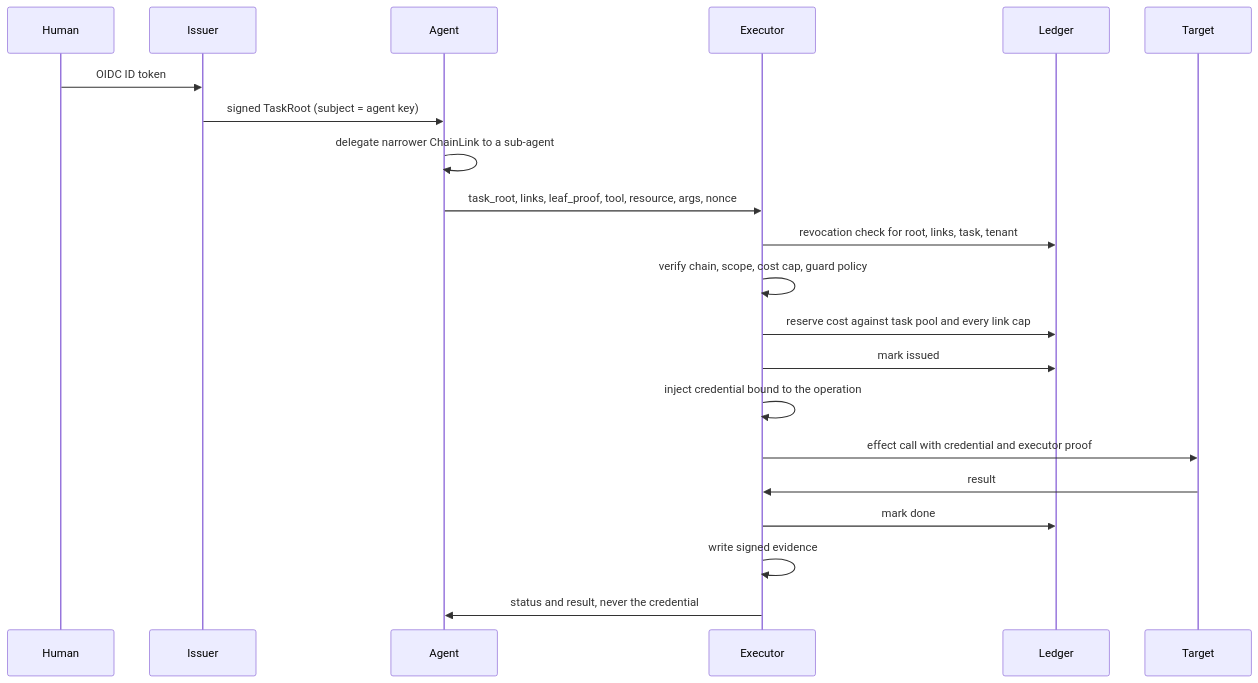
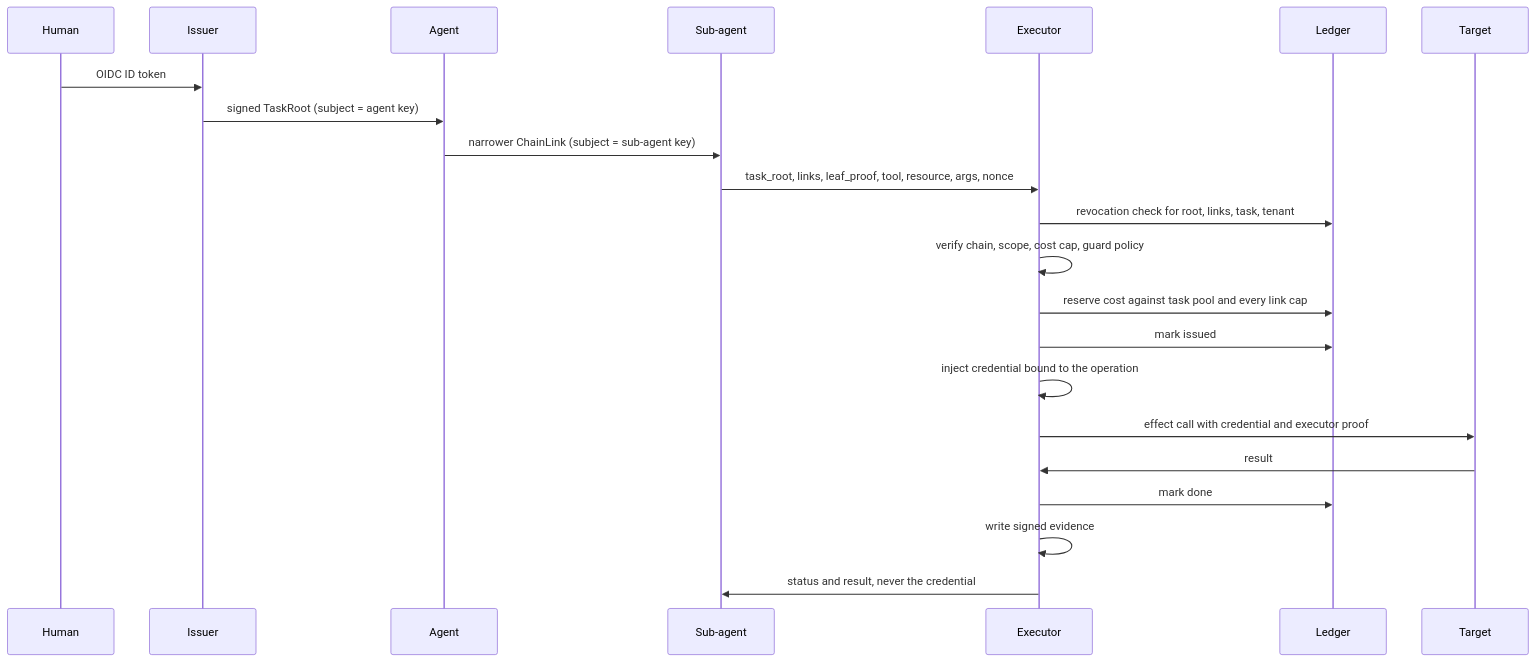
One commit to agent-rails/agentic-security-reference changed the diagram in docs/ARCHITECTURE.md. Above: the diagram before and after it, drawn with Mermaid. The commit also changed other lines of this file and 6 other files, not shown here.

````diff
--- a/docs/ARCHITECTURE.md
+++ b/docs/ARCHITECTURE.md
@@ -15,23 +15,24 @@
 ```mermaid
 sequenceDiagram
     participant H as Human
     participant I as Issuer
     participant A as Agent
+    participant S as Sub-agent
     participant X as Executor
     participant L as Ledger
     participant T as Target
     H->>I: OIDC ID token
     I->>A: signed TaskRoot (subject = agent key)
-    A->>A: delegate narrower ChainLink to a sub-agent
-    A->>X: task_root, links, leaf_proof, tool, resource, args, nonce
+    A->>S: narrower ChainLink (subject = sub-agent key)
+    S->>X: task_root, links, leaf_proof, tool, resource, args, nonce
     X->>L: revocation check for root, links, task, tenant
     X->>X: verify chain, scope, cost cap, guard policy
     X->>L: reserve cost against task pool and every link cap
     X->>L: mark issued
     X->>X: inject credential bound to the operation
     X->>T: effect call with credential and executor proof
     T->>X: result
     X->>L: mark done
     X->>X: write signed evidence
-    X->>A: status and result, never the credential
+    X->>S: status and result, never the credential
 ```
````
